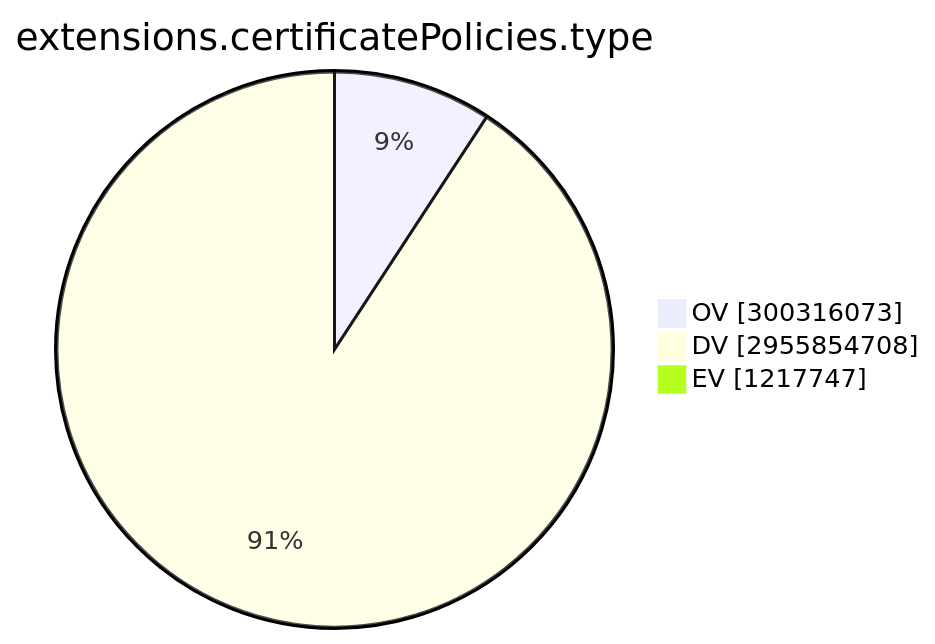
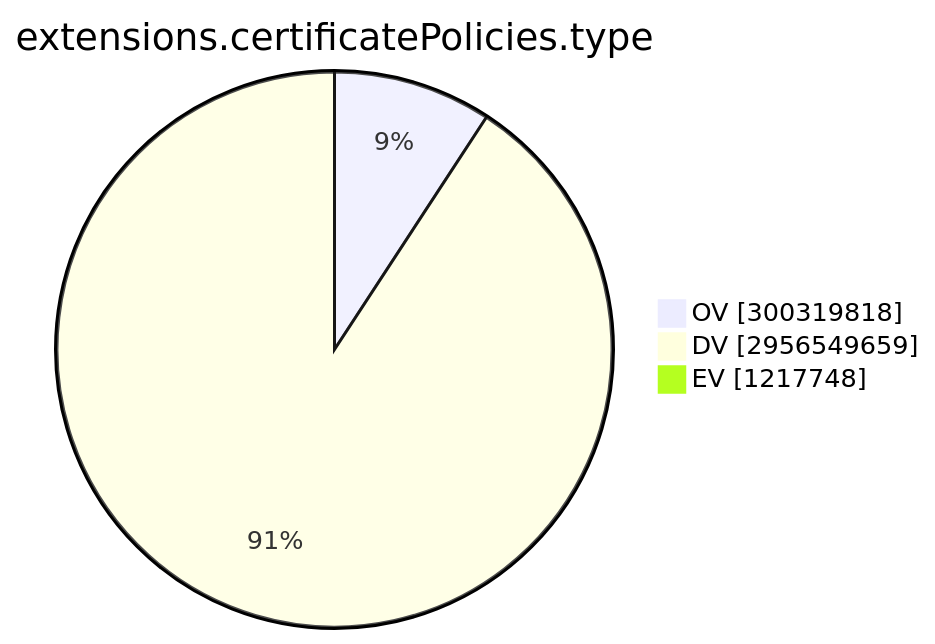
The ninth of 15 diagrams in TOTAL/README.md (christiankrug/ctmonitor_visualization), drawn with Mermaid before and after one commit. The commit also changed other lines of this file, not shown here.

````diff
--- a/TOTAL/README.md
+++ b/TOTAL/README.md
@@ -3101,7 +3101,7 @@
 ```mermaid
 pie showData
 title extensions.certificatePolicies.type
-"OV" :300316073
-"DV" :2955854708
-"EV" :1217747
+"OV" :300319818
+"DV" :2956549659
+"EV" :1217748
 ```
````
